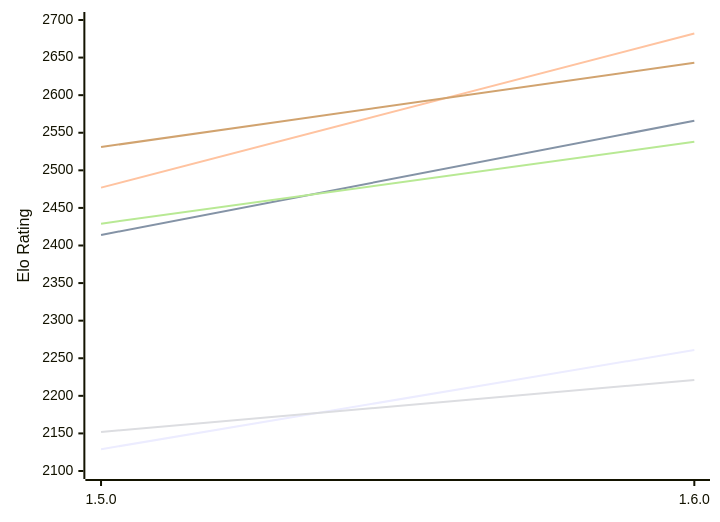
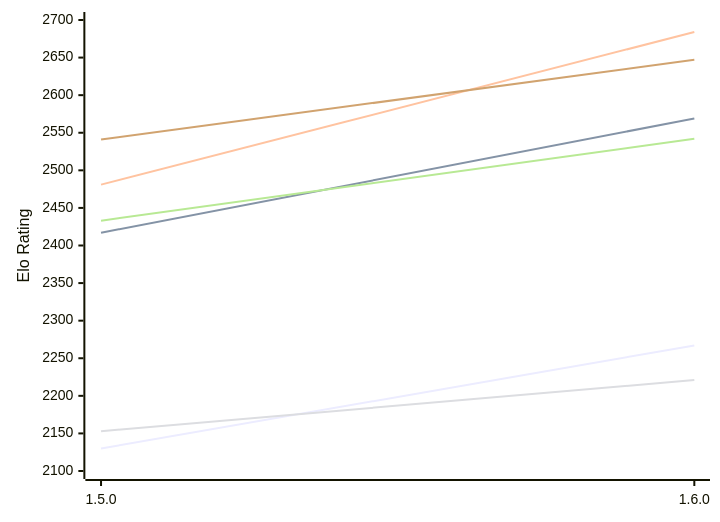
One commit to computer-chess-index/cci changed the first of 2 diagrams in engines/Tofiks.md. Above: the diagram before and after it, drawn with Mermaid. The commit also changed other lines of this file, not shown here.

Commit message:
Update CCI Ratings (ELO VLTC) - 2026-11-20

````diff
--- a/engines/Tofiks.md
+++ b/engines/Tofiks.md
@@ -51,12 +51,12 @@
 ```mermaid
 %%{init: {"theme":"base","themeVariables":{"seriesColors:['#a3a3a3','#222221','#faa371']}}}%%
 xychart-beta
   x-axis ["1.5.0", "1.6.0"]
   y-axis "Elo Rating" 2100 --> 2700
-  line "E1: STC (8.0+0.08s)" [2129, 2261]
-  line "E1: LTC (60.0+0.60s)" [2414, 2566]
-  line "E1: VLTC (2m24s+1.12s)" [2477, 2682]
-  line "P1: STC (8.0+0.08s)" [2152, 2221]
-  line "P1: LTC (60.0+0.60s)" [2429, 2538]
-  line "P1: VLTC (2m24s+1.12s)" [2531, 2643]
+  line "E1: STC (8.0+0.08s)" [2130, 2267]
+  line "E1: LTC (60.0+0.60s)" [2417, 2569]
+  line "E1: VLTC (2m24s+1.12s)" [2481, 2684]
+  line "P1: STC (8.0+0.08s)" [2153, 2221]
+  line "P1: LTC (60.0+0.60s)" [2433, 2542]
+  line "P1: VLTC (2m24s+1.12s)" [2541, 2647]
 ```
````
